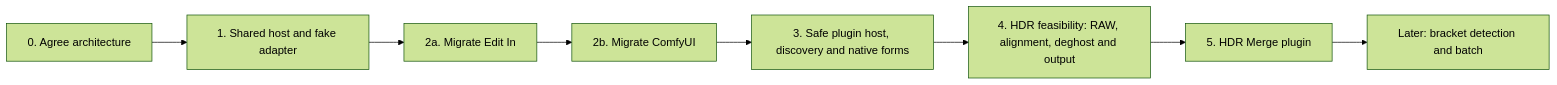
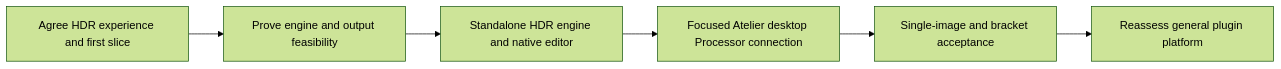
The third of 3 diagrams in Requirements/Design/AT-021-Processor-Architecture.md (roshan-davis/atelier), drawn with Mermaid (forest theme) before and after one commit. The commit also changed other lines of this file and 2 other files, not shown here.

Commit message:
HDR: prioritize standalone editor and focused Atelier round trip

````diff
--- a/Requirements/Design/AT-021-Processor-Architecture.md
+++ b/Requirements/Design/AT-021-Processor-Architecture.md
@@ -107,10 +83,8 @@
 ```mermaid
 flowchart LR
-    Design[0. Agree architecture] --> Contract[1. Shared host and fake adapter]
-    Contract --> EditIn[2a. Migrate Edit In]
-    EditIn --> AI[2b. Migrate ComfyUI]
-    AI --> Plugins[3. Safe plugin host, discovery and native forms]
-    Plugins --> Spike[4. HDR feasibility: RAW, alignment, deghost and output]
-    Spike --> HDR[5. HDR Merge plugin]
-    HDR --> Later[Later: bracket detection and batch]
+    Design[Agree HDR experience and first slice] --> Spike[Prove engine and output feasibility]
+    Spike --> App[Standalone HDR engine and native editor]
+    App --> RoundTrip[Focused Atelier desktop Processor connection]
+    RoundTrip --> Acceptance[Single-image and bracket acceptance]
+    Acceptance --> Later[Reassess general plugin platform]
 ```
````
